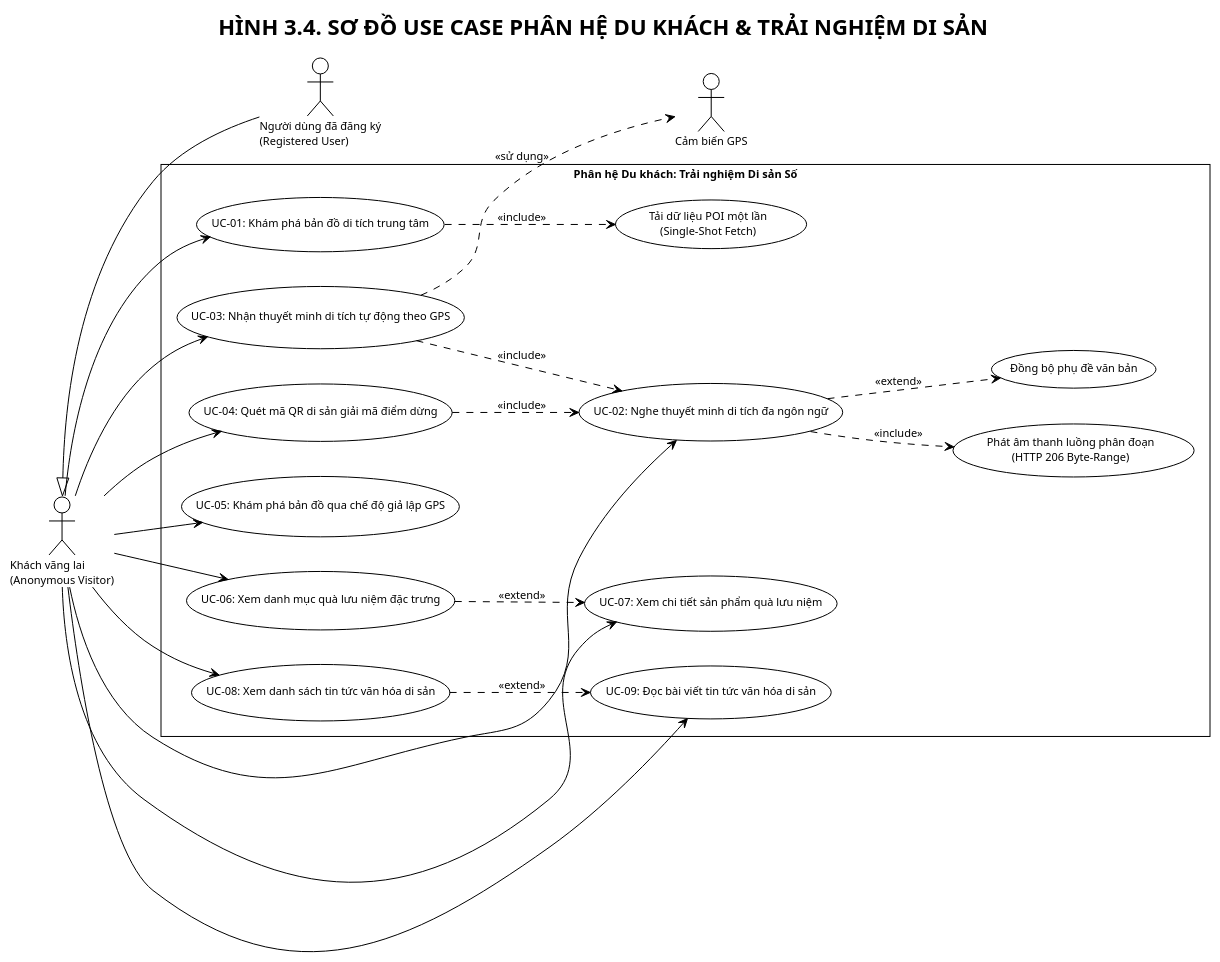
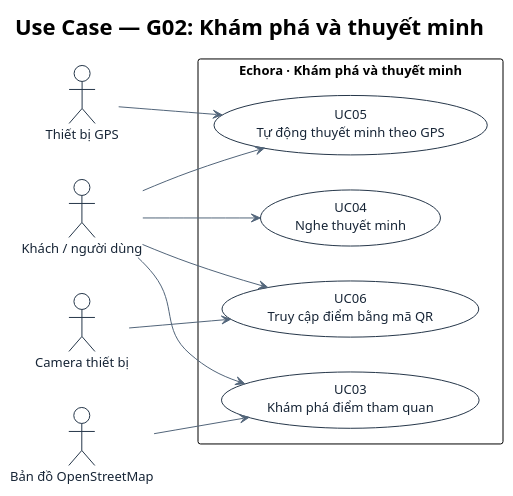
The diagram in docs/diagrams/usecase-tourist.puml (congtinh06/Nhom3_CNPM), drawn with PlantUML before and after one commit. The commit also changed 68 other files, not shown here.

```diff
--- a/docs/diagrams/usecase-tourist.puml
+++ b/docs/diagrams/usecase-tourist.puml
@@ -1,67 +1,39 @@
 @startuml
 !theme plain
-skinparam defaultFontName "Times New Roman"
-skinparam defaultFontSize 11
-skinparam monochrome true
 skinparam shadowing false
-skinparam roundCorner 0
+skinparam backgroundColor white
 skinparam packageStyle rectangle
-skinparam handwritten false
-skinparam ArrowColor #000000
-skinparam ActorBorderColor #000000
-skinparam ComponentBorderColor #000000
-skinparam DatabaseBorderColor #000000
-skinparam InterfaceBorderColor #000000
-skinparam ParticipantBorderColor #000000
-skinparam SequenceLifeLineBorderColor #000000
-skinparam UsecaseBorderColor #000000
-skinparam StateBorderColor #000000
-skinparam ClassBorderColor #000000
-
-title HÌNH 3.4. SƠ ĐỒ USE CASE PHÂN HỆ DU KHÁCH & TRẢI NGHIỆM DI SẢN
-
+skinparam usecase {
+  BackgroundColor white
+  BorderColor #26374A
+  FontColor #172536
+}
+skinparam actor {
+  BorderColor #26374A
+  FontColor #172536
+}
+skinparam ArrowColor #52657A
+skinparam defaultFontName "Arial"
+skinparam defaultFontSize 13
 left to right direction
 
-actor "Khách vãng lai\n(Anonymous Visitor)" as Visitor
-actor "Người dùng đã đăng ký\n(Registered User)" as RegUser
-actor "Cảm biến GPS" as GPS
+title Use Case — G02: Khám phá và thuyết minh
+actor "Khách / người dùng" as User
+actor "Thiết bị GPS" as GPS
+actor "Camera thiết bị" as Camera
+actor "Bản đồ OpenStreetMap" as OSM
 
-RegUser -up-|> Visitor
-
-rectangle "Phân hệ Du khách: Trải nghiệm Di sản Số" {
-  usecase "UC-01: Khám phá bản đồ di tích trung tâm" as UC01
-  usecase "UC-02: Nghe thuyết minh di tích đa ngôn ngữ" as UC02
-  usecase "UC-03: Nhận thuyết minh di tích tự động theo GPS" as UC03
-  usecase "UC-04: Quét mã QR di sản giải mã điểm dừng" as UC04
-  usecase "UC-05: Khám phá bản đồ qua chế độ giả lập GPS" as UC05
-  usecase "UC-06: Xem danh mục quà lưu niệm đặc trưng" as UC06
-  usecase "UC-07: Xem chi tiết sản phẩm quà lưu niệm" as UC07
-  usecase "UC-08: Xem danh sách tin tức văn hóa di sản" as UC08
-  usecase "UC-09: Đọc bài viết tin tức văn hóa di sản" as UC09
-
-  usecase "Tải dữ liệu POI một lần\n(Single-Shot Fetch)" as FetchPOI
-  usecase "Phát âm thanh luồng phân đoạn\n(HTTP 206 Byte-Range)" as StreamAudio
-  usecase "Đồng bộ phụ đề văn bản" as SyncSub
+rectangle "Echora · Khám phá và thuyết minh" {
+  usecase "UC03\nKhám phá điểm tham quan" as UC03
+  usecase "UC04\nNghe thuyết minh" as UC04
+  usecase "UC05\nTự động thuyết minh theo GPS" as UC05
+  usecase "UC06\nTruy cập điểm bằng mã QR" as UC06
 }
-
-Visitor --> UC01
-Visitor --> UC02
-Visitor --> UC03
-Visitor --> UC04
-Visitor --> UC05
-Visitor --> UC06
-Visitor --> UC07
-Visitor --> UC08
-Visitor --> UC09
-
-UC03 ..> GPS : <<sử dụng>>
-
-UC01 ..> FetchPOI : <<include>>
-UC03 ..> UC02 : <<include>>
-UC04 ..> UC02 : <<include>>
-UC02 ..> StreamAudio : <<include>>
-UC02 ..> SyncSub : <<extend>>
-UC06 ..> UC07 : <<extend>>
-UC08 ..> UC09 : <<extend>>
-
+User --> UC03
+OSM --> UC03
+User --> UC04
+User --> UC05
+GPS --> UC05
+User --> UC06
+Camera --> UC06
 @enduml
```
